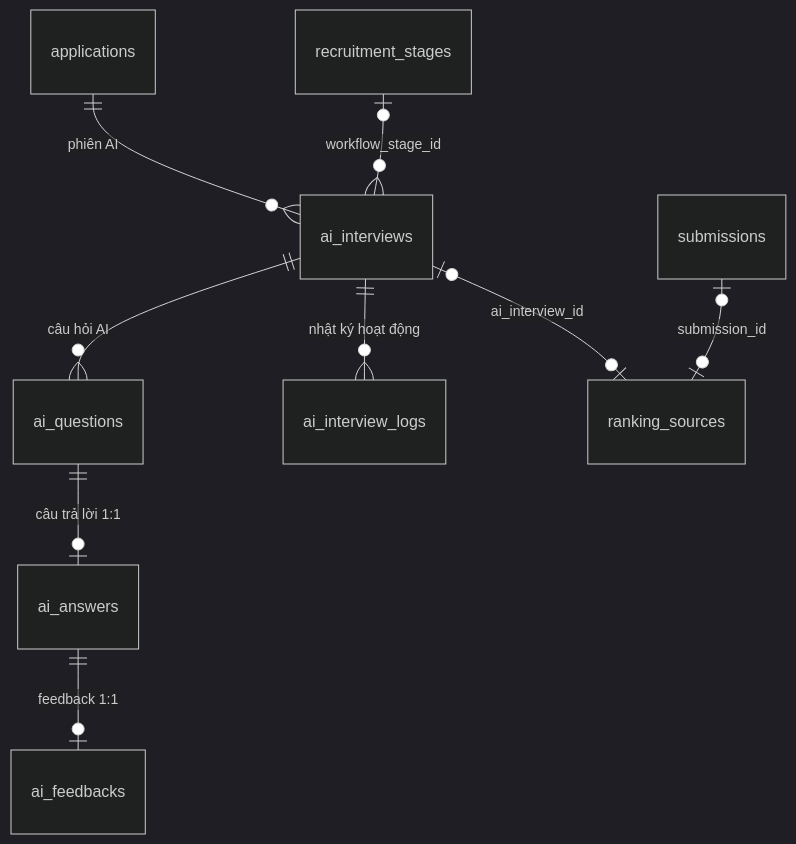
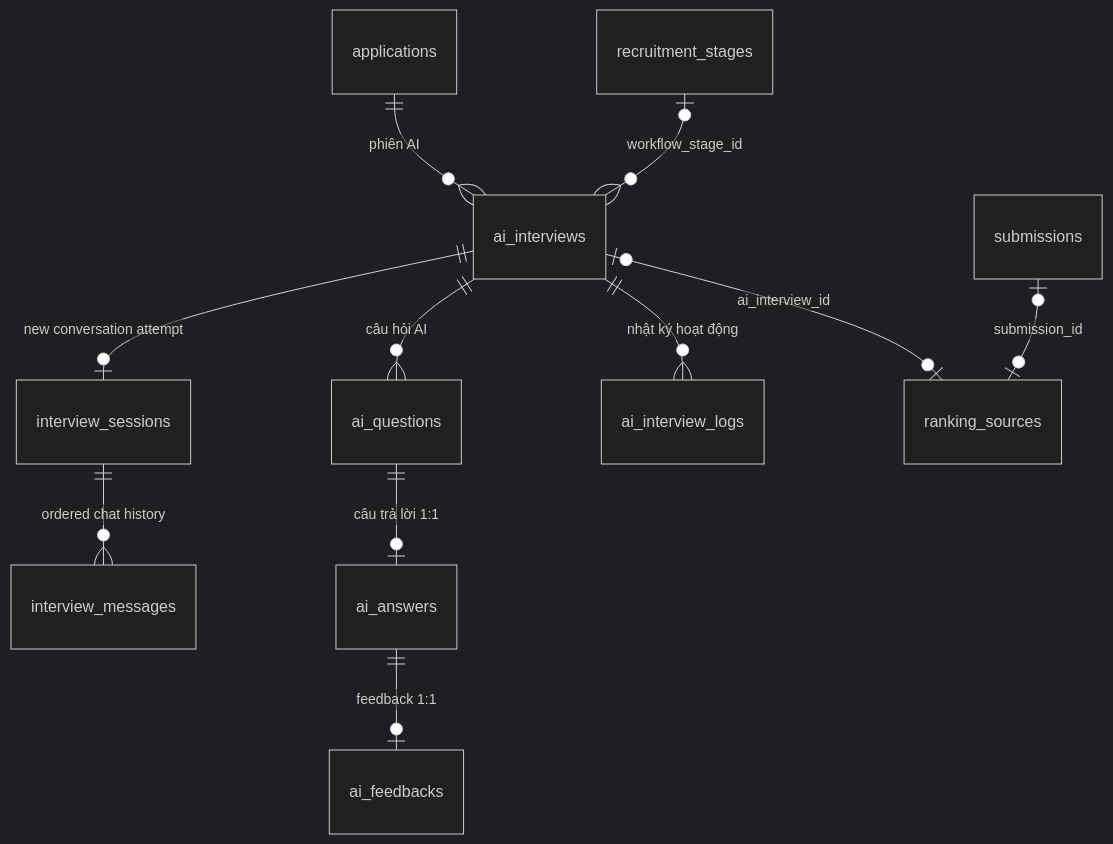
One commit to hieupnh12/SmartHire-AI changed the ninth of 11 diagrams in docs/database/README.md. Above: the diagram before and after it, drawn with Mermaid (dark theme). The commit also changed other lines of this file and 106 other files, not shown here.

````diff
--- a/docs/database/README.md
+++ b/docs/database/README.md
@@ -505,11 +516,13 @@
 ```mermaid
 erDiagram
     applications ||--o{ ai_interviews : "phiên AI"
     recruitment_stages |o--o{ ai_interviews : "workflow_stage_id"
     ai_interviews ||--o{ ai_questions : "câu hỏi AI"
+    ai_interviews ||--o| interview_sessions : "new conversation attempt"
+    interview_sessions ||--o{ interview_messages : "ordered chat history"
     ai_questions ||--o| ai_answers : "câu trả lời 1:1"
     ai_answers ||--o| ai_feedbacks : "feedback 1:1"
     ai_interviews ||--o{ ai_interview_logs : "nhật ký hoạt động"
     ai_interviews |o--o| ranking_sources : "ai_interview_id"
     submissions |o--o| ranking_sources : "submission_id"
 ```
````
